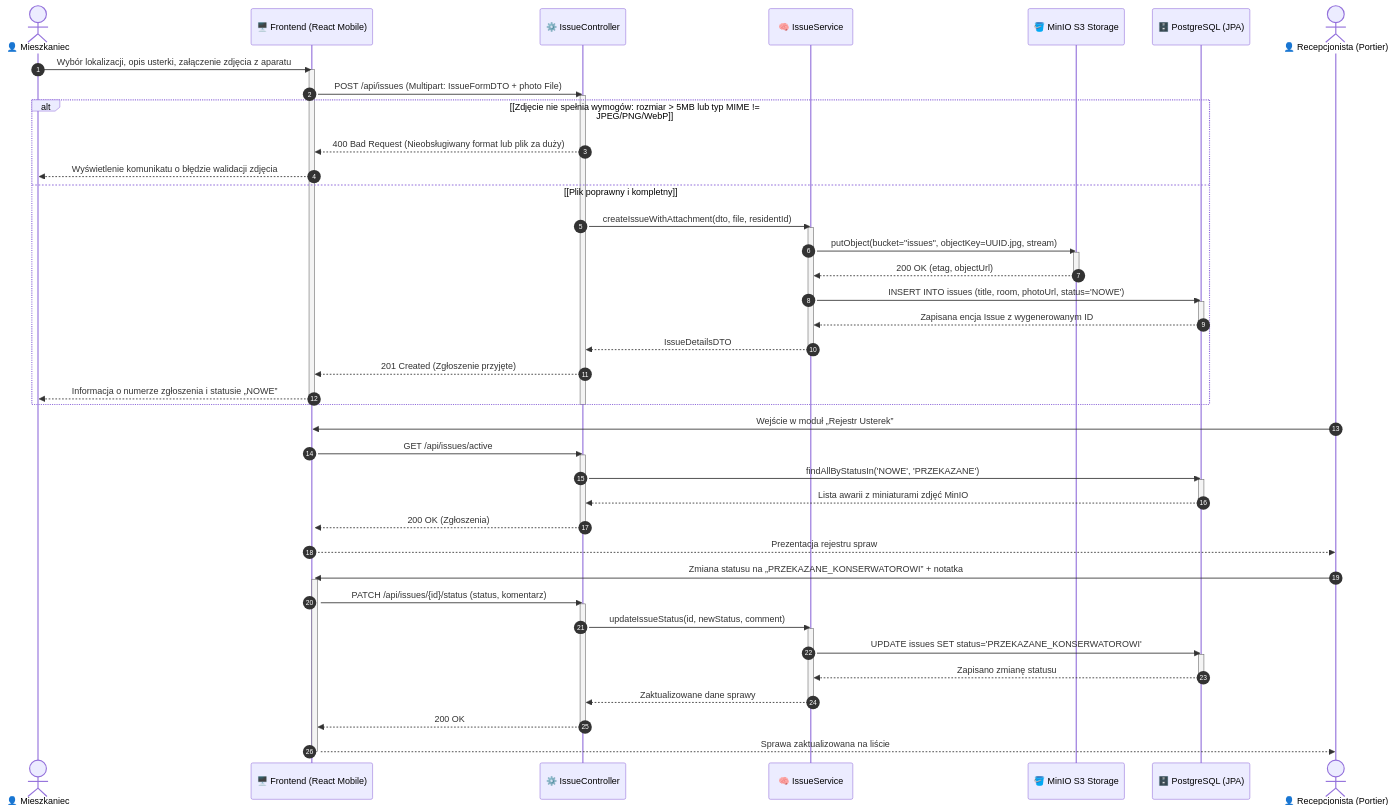
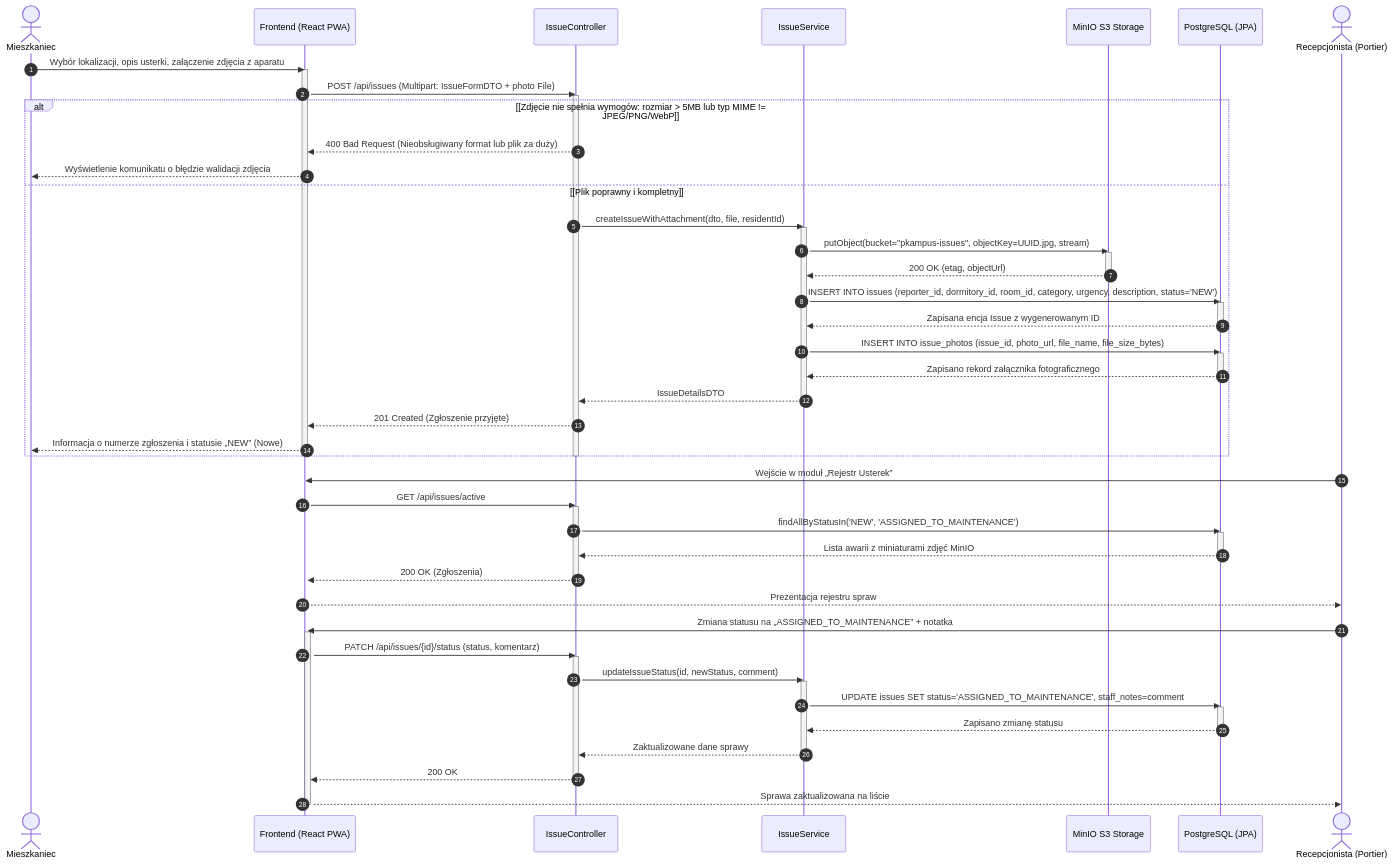
Before and after one commit to Buczy8/PKampus: the fourth of 7 diagrams in Docs/Diagramy_Sekwencji.md, drawn with Mermaid. The commit also changed other lines of this file and 3 other files, not shown here.

Commit message:
docs: update use case and sequence diagrams for PKampus system, improve clarity and consistency

````diff
--- a/Docs/Diagramy_Sekwencji.md
+++ b/Docs/Diagramy_Sekwencji.md
@@ -263,74 +267,79 @@
 ```mermaid
 sequenceDiagram
     autonumber
-    actor M as 👤 Mieszkaniec
-    participant UI as 🖥️ Frontend (React Mobile)
-    participant CTL as ⚙️ IssueController
-    participant SVC as 🧠 IssueService
-    participant S3 as 🪣 MinIO S3 Storage
-    participant DB as 🗄️ PostgreSQL (JPA)
-    actor P as 👤 Recepcjonista (Portier)
+    actor M as Mieszkaniec
+    participant UI as Frontend (React PWA)
+    participant CTL as IssueController
+    participant SVC as IssueService
+    participant S3 as MinIO S3 Storage
+    participant DB as PostgreSQL (JPA)
+    actor P as Recepcjonista (Portier)
 
     M->>UI: Wybór lokalizacji, opis usterki, załączenie zdjęcia z aparatu
     activate UI
     UI->>CTL: POST /api/issues (Multipart: IssueFormDTO + photo File)
     activate CTL
 
     %% Walidacja pliku
     alt [Zdjęcie nie spełnia wymogów: rozmiar > 5MB lub typ MIME != JPEG/PNG/WebP]
         CTL-->>UI: 400 Bad Request (Nieobsługiwany format lub plik za duży)
         UI-->>M: Wyświetlenie komunikatu o błędzie walidacji zdjęcia
     else [Plik poprawny i kompletny]
         CTL->>SVC: createIssueWithAttachment(dto, file, residentId)
         activate SVC
 
         %% Przesyłanie do MinIO
-        SVC->>S3: putObject(bucket="issues", objectKey=UUID.jpg, stream)
+        SVC->>S3: putObject(bucket="pkampus-issues", objectKey=UUID.jpg, stream)
         activate S3
         S3-->>SVC: 200 OK (etag, objectUrl)
         deactivate S3
 
-        %% Zapis w bazie
-        SVC->>DB: INSERT INTO issues (title, room, photoUrl, status='NOWE')
+        %% Zapis w bazie: encja zgłoszenia oraz załącznik 1:N
+        SVC->>DB: INSERT INTO issues (reporter_id, dormitory_id, room_id, category, urgency, description, status='NEW')
         activate DB
         DB-->>SVC: Zapisana encja Issue z wygenerowanym ID
+        deactivate DB
+
+        SVC->>DB: INSERT INTO issue_photos (issue_id, photo_url, file_name, file_size_bytes)
+        activate DB
+        DB-->>SVC: Zapisano rekord załącznika fotograficznego
         deactivate DB
 
         SVC-->>CTL: IssueDetailsDTO
         deactivate SVC
         CTL-->>UI: 201 Created (Zgłoszenie przyjęte)
-        UI-->>M: Informacja o numerze zgłoszenia i statusie „NOWE”
+        UI-->>M: Informacja o numerze zgłoszenia i statusie „NEW” (Nowe)
     end
     deactivate CTL
     deactivate UI
 
     %% Obsługa zgłoszenia przez portiernię
     P->>UI: Wejście w moduł „Rejestr Usterek”
     activate UI
     UI->>CTL: GET /api/issues/active
     activate CTL
-    CTL->>DB: findAllByStatusIn('NOWE', 'PRZEKAZANE')
+    CTL->>DB: findAllByStatusIn('NEW', 'ASSIGNED_TO_MAINTENANCE')
     activate DB
     DB-->>CTL: Lista awarii z miniaturami zdjęć MinIO
     deactivate DB
     CTL-->>UI: 200 OK (Zgłoszenia)
     deactivate CTL
     UI-->>P: Prezentacja rejestru spraw
 
-    P->>UI: Zmiana statusu na „PRZEKAZANE_KONSERWATOROWI” + notatka
+    P->>UI: Zmiana statusu na „ASSIGNED_TO_MAINTENANCE” + notatka
     activate UI
     UI->>CTL: PATCH /api/issues/{id}/status (status, komentarz)
     activate CTL
     CTL->>SVC: updateIssueStatus(id, newStatus, comment)
     activate SVC
-    SVC->>DB: UPDATE issues SET status='PRZEKAZANE_KONSERWATOROWI'
+    SVC->>DB: UPDATE issues SET status='ASSIGNED_TO_MAINTENANCE', staff_notes=comment
     activate DB
     DB-->>SVC: Zapisano zmianę statusu
     deactivate DB
     SVC-->>CTL: Zaktualizowane dane sprawy
     deactivate SVC
     CTL-->>UI: 200 OK
     deactivate CTL
     UI-->>P: Sprawa zaktualizowana na liście
     deactivate UI
 ```
````
